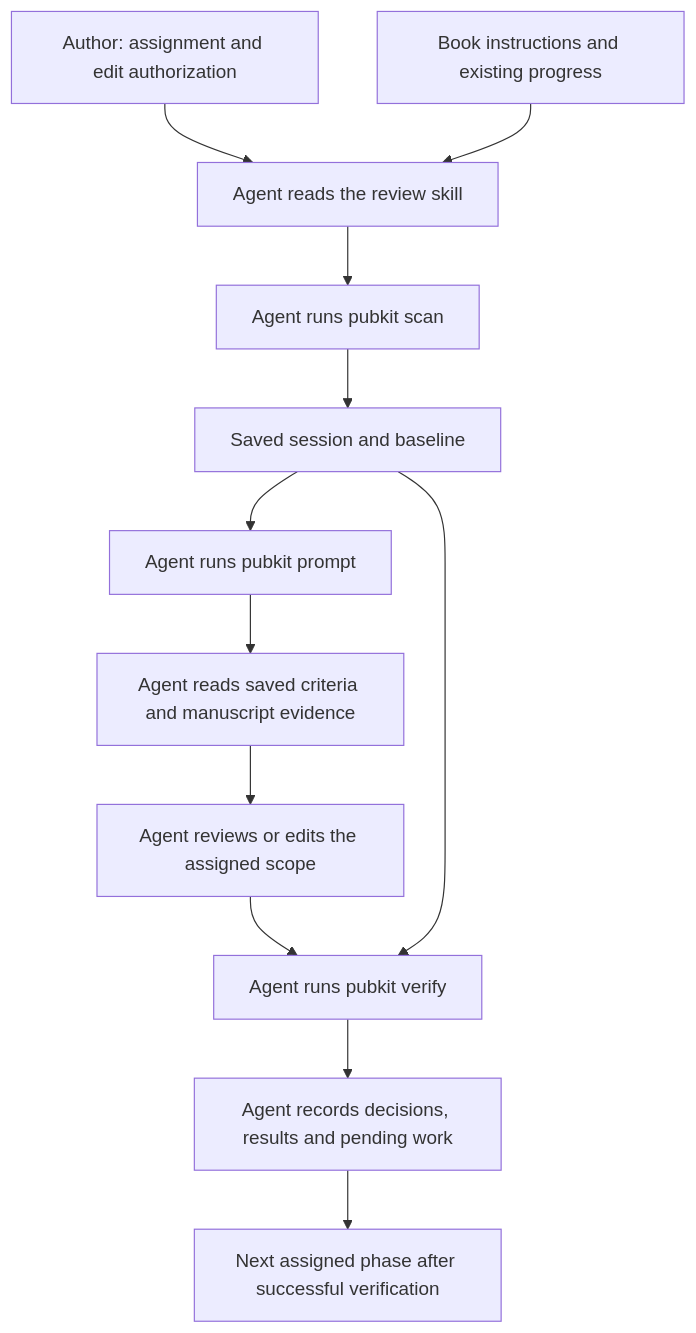
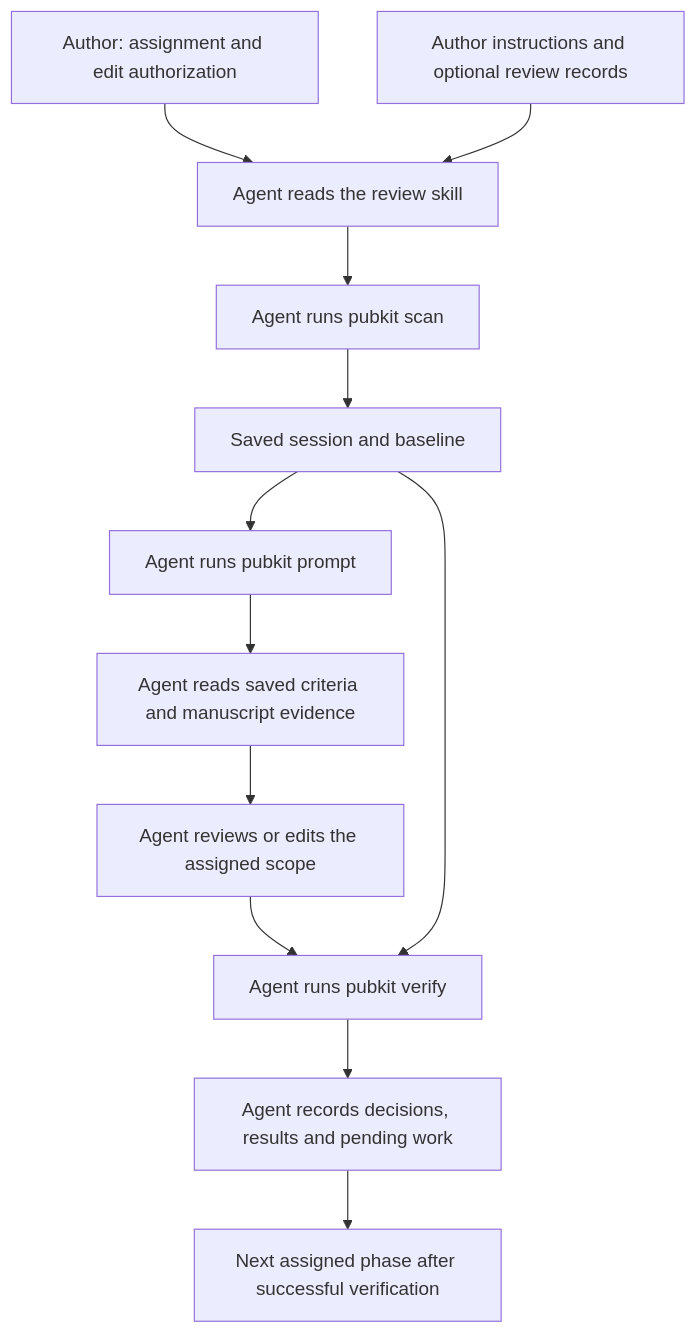
Before and after one commit to cybergarage/asciidoc-pubkit: the diagram in docs/skill-integration.md, drawn with Mermaid. The commit also changed other lines of this file and 4 other files, not shown here.

````diff
--- a/docs/skill-integration.md
+++ b/docs/skill-integration.md
@@ -11,14 +11,14 @@
 ```mermaid
 flowchart TD
     U["Author: assignment and edit authorization"] --> K["Agent reads the review skill"]
-    I["Book instructions and existing progress"] --> K
+    I["Author instructions and optional review records"] --> K
     K --> S["Agent runs pubkit scan"]
     S --> B["Saved session and baseline"]
     B --> P["Agent runs pubkit prompt"]
     P --> R["Agent reads saved criteria and manuscript evidence"]
     R --> E["Agent reviews or edits the assigned scope"]
     E --> V["Agent runs pubkit verify"]
     B --> V
     V --> C["Agent records decisions, results and pending work"]
     C --> N["Next assigned phase after successful verification"]
 ```
````
